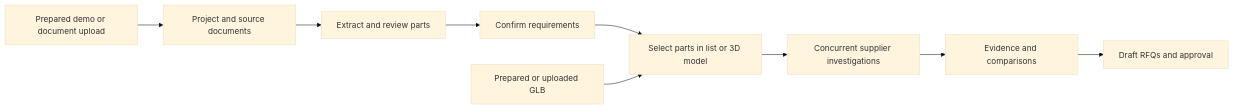
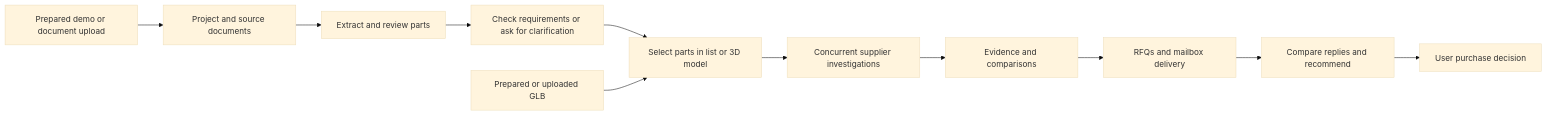
The diagram in docs/product-v2/DEMO-AND-LIVE.md (Borbezzz/Re-Source), drawn with Mermaid (base theme) before and after one commit. The commit also changed other lines of this file and 11 other files, not shown here.

````diff
--- a/docs/product-v2/DEMO-AND-LIVE.md
+++ b/docs/product-v2/DEMO-AND-LIVE.md
@@ -58,11 +66,13 @@
 ```mermaid
 flowchart LR
   A[Prepared demo or document upload] --> B[Project and source documents]
   B --> C[Extract and review parts]
-  C --> D[Confirm requirements]
+  C --> D[Check requirements or ask for clarification]
   D --> E[Select parts in list or 3D model]
   E --> F[Concurrent supplier investigations]
   F --> G[Evidence and comparisons]
-  G --> H[Draft RFQs and approval]
+  G --> H[RFQs and mailbox delivery]
+  H --> J[Compare replies and recommend]
+  J --> K[User purchase decision]
   I[Prepared or uploaded GLB] --> E
 ```
````
